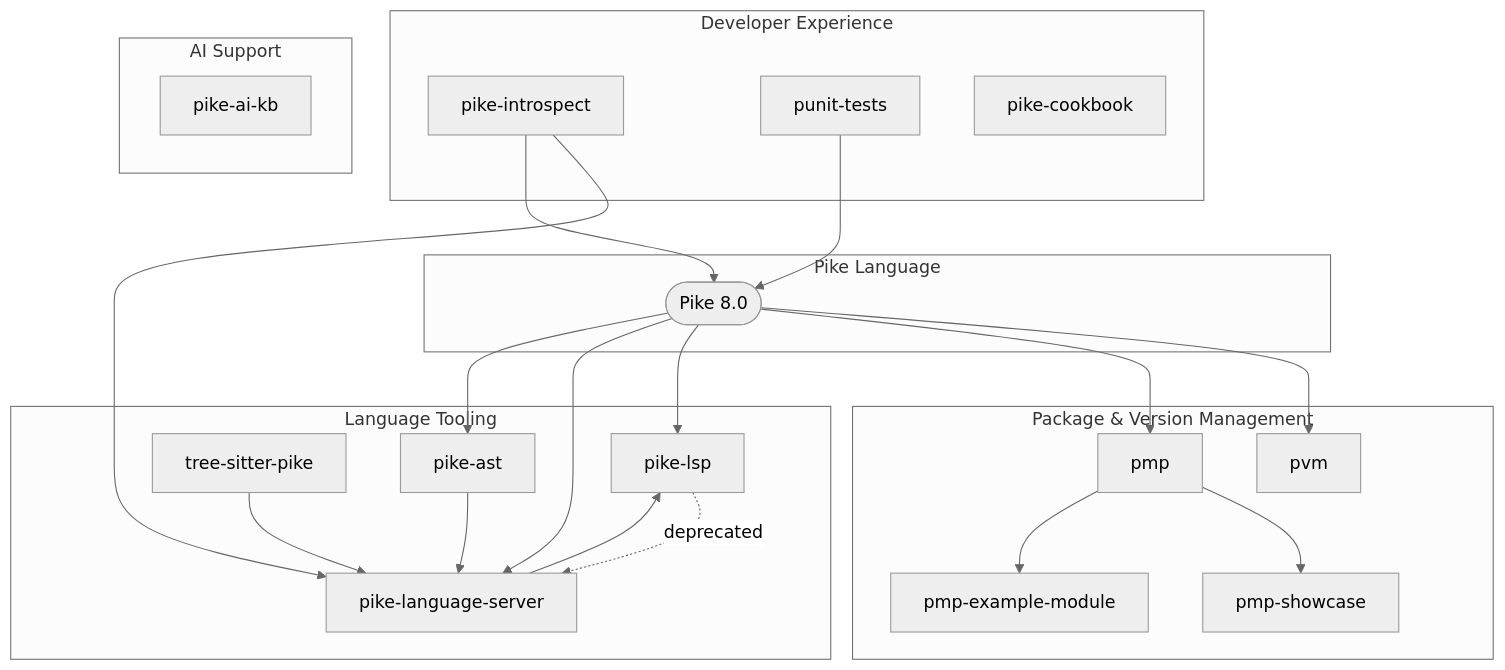
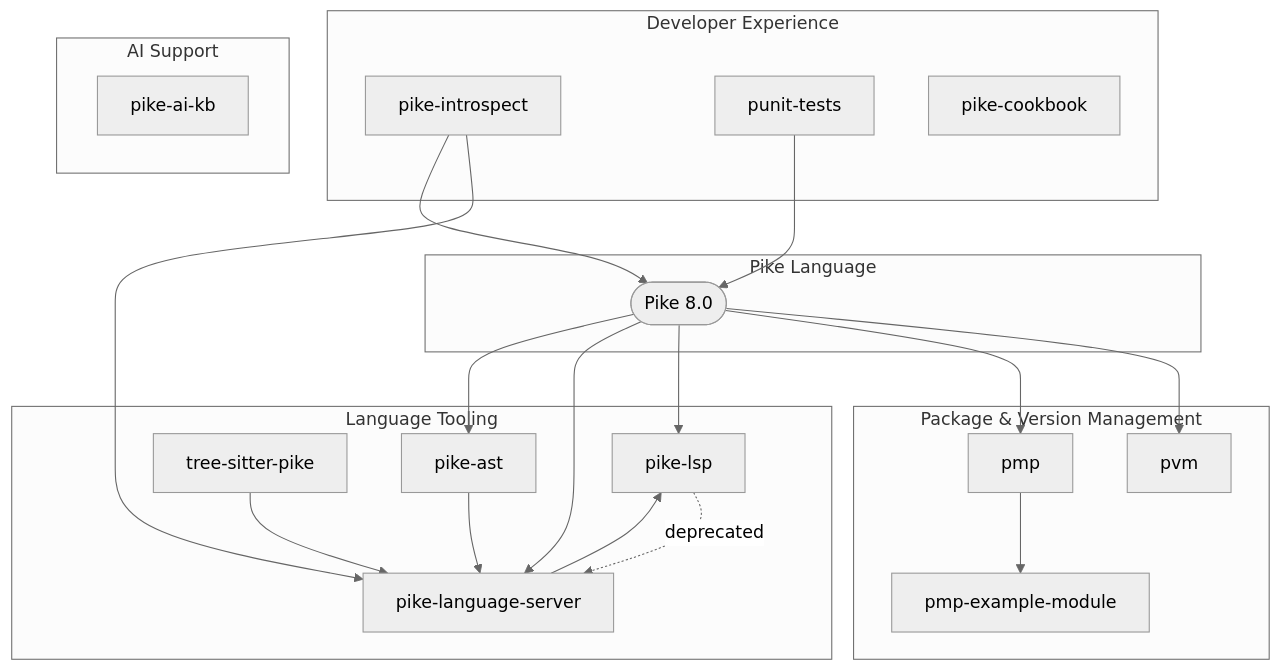
One commit to TheSmuks/pike-dev changed the diagram in docs/architecture.md. Above: the diagram before and after it, drawn with Mermaid (neutral theme). The commit also changed other lines of this file, not shown here.

Commit message:
docs: remove pmp-showcase from architecture docs

````diff
--- a/docs/architecture.md
+++ b/docs/architecture.md
@@ -11,49 +11,47 @@
 ```mermaid
 graph TD
     subgraph "Pike Language"
         P([Pike 8.0])
     end
 
     subgraph "Package & Version Management"
         PVM[pvm]
         PMP[pmp]
-        SHOW[pmp-showcase]
         EX[pmp-example-module]
     end
 
     subgraph "Language Tooling"
         PLS[pike-language-server]
         LSP[pike-lsp]
         TSP[tree-sitter-pike]
         AST[pike-ast]
     end
 
     subgraph "Developer Experience"
         INT[pike-introspect]
         PUNIT[punit-tests]
         CB[pike-cookbook]
     end
 
     subgraph "AI Support"
         KB[pike-ai-kb]
     end
 
     P --> PVM
     P --> PMP
     P --> LSP
     P --> PLS
     P --> AST
 
-    PMP --> SHOW
     PMP --> EX
 
     TSP --> PLS
     AST --> PLS
     INT --> PLS
 
     PUNIT --> P
     INT --> P
 
     LSP -.->|deprecated| PLS
     PLS --> LSP
 ```
````
